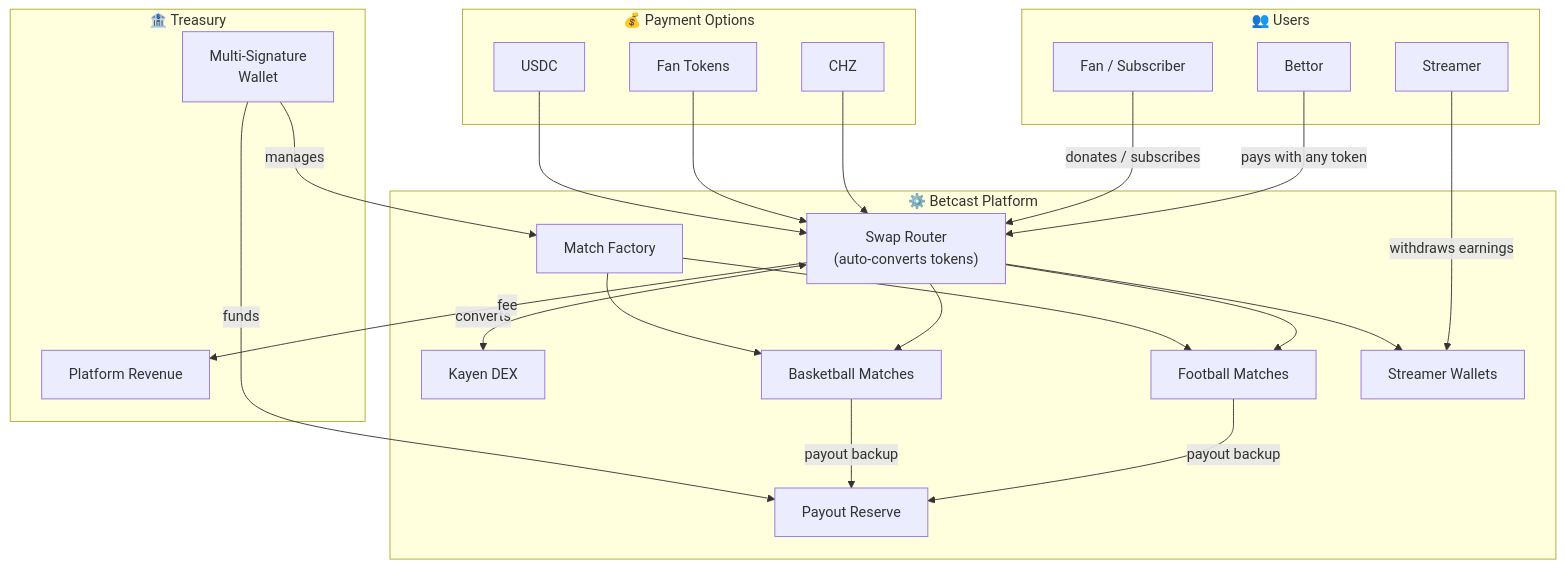
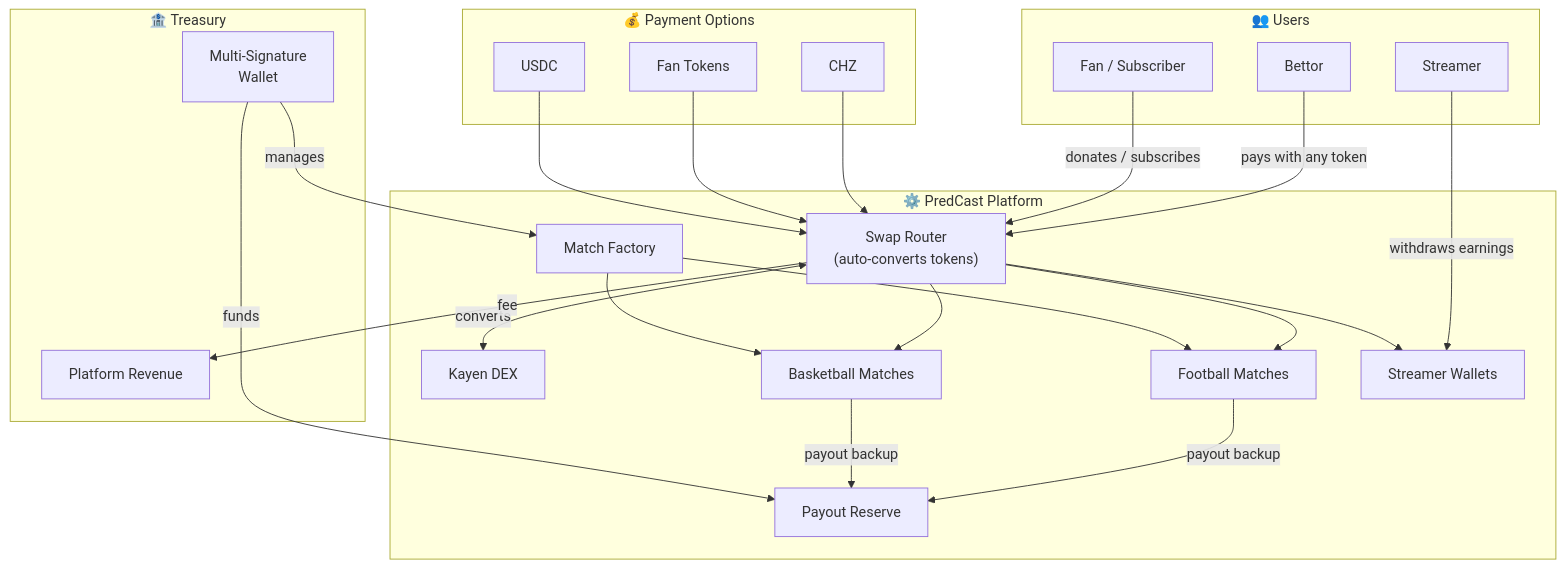
The third of 3 diagrams in apps/smart-contracts/FUNCTIONAL_DOCUMENTATION.md (ChilizTV/chiliztv.com), drawn with Mermaid before and after one commit. The commit also changed other lines of this file and 42 other files, not shown here.

````diff
--- a/apps/smart-contracts/FUNCTIONAL_DOCUMENTATION.md
+++ b/apps/smart-contracts/FUNCTIONAL_DOCUMENTATION.md
@@ -223,52 +223,52 @@
 ```mermaid
 flowchart TB
     subgraph Users["👥 Users"]
         Bettor["Bettor"]
         Fan["Fan / Subscriber"]
         Streamer["Streamer"]
     end
 
     subgraph Tokens["💰 Payment Options"]
         CHZ["CHZ"]
         FanToken["Fan Tokens"]
         USDC_pay["USDC"]
     end
 
-    subgraph Platform["⚙️ Betcast Platform"]
+    subgraph Platform["⚙️ PredCast Platform"]
         CSR["Swap Router\n(auto-converts tokens)"]
         Kayen["Kayen DEX"]
         Factory["Match Factory"]
         FM["Football Matches"]
         BM["Basketball Matches"]
         Escrow["Payout Reserve"]
         SWFactory["Streamer Wallets"]
     end
 
     subgraph Treasury["🏦 Treasury"]
         Safe["Multi-Signature\nWallet"]
         TreasuryAddr["Platform Revenue"]
     end
 
     Bettor -->|"pays with any token"| CSR
     Fan -->|"donates / subscribes"| CSR
     Streamer -->|"withdraws earnings"| SWFactory
 
     CHZ --> CSR
     FanToken --> CSR
     USDC_pay --> CSR
 
     CSR <-->|"converts"| Kayen
     CSR --> FM
     CSR --> BM
     CSR -->|"fee"| TreasuryAddr
     CSR --> SWFactory
 
     Factory --> FM
     Factory --> BM
 
     FM -->|"payout backup"| Escrow
     BM -->|"payout backup"| Escrow
 
     Safe -->|"funds"| Escrow
     Safe -->|"manages"| Factory
 ```
````
